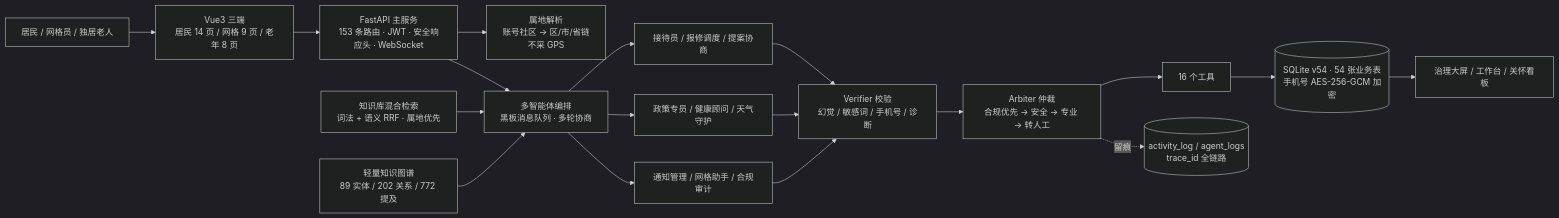
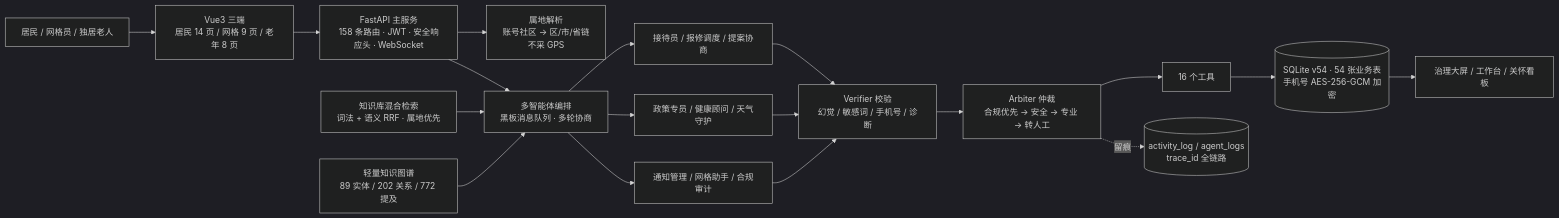
The diagram in docs/competition/创意说明书-提交版.md (woshuofengsu/campus-insight-agent), drawn with Mermaid (dark theme) before and after one commit. The commit also changed other lines of this file and 33 other files, not shown here.

````diff
--- a/docs/competition/创意说明书-提交版.md
+++ b/docs/competition/创意说明书-提交版.md
@@ -113,18 +113,18 @@
 ```mermaid
 flowchart LR
     U[居民 / 网格员 / 独居老人] --> UI[Vue3 三端<br/>居民 14 页 / 网格 9 页 / 老年 8 页]
-    UI --> API[FastAPI 主服务<br/>153 条路由 · JWT · 安全响应头 · WebSocket]
+    UI --> API[FastAPI 主服务<br/>158 条路由 · JWT · 安全响应头 · WebSocket]
     API --> R[属地解析<br/>账号社区 → 区/市/省链<br/>不采 GPS]
     API --> O[多智能体编排<br/>黑板消息队列 · 多轮协商]
     O --> A1[接待员 / 报修调度 / 提案协商]
     O --> A2[政策专员 / 健康顾问 / 天气守护]
     O --> A3[通知管理 / 网格助手 / 合规审计]
     A1 & A2 & A3 --> V[Verifier 校验<br/>幻觉 / 敏感词 / 手机号 / 诊断]
     V --> AR[Arbiter 仲裁<br/>合规优先 → 安全 → 专业 → 转人工]
     AR --> T[16 个工具]
     T --> DB[(SQLite v54 · 54 张业务表<br/>手机号 AES-256-GCM 加密)]
     KB[知识库混合检索<br/>词法 + 语义 RRF · 属地优先] --> O
     KG[轻量知识图谱<br/>89 实体 / 202 关系 / 772 提及] --> O
     DB --> S[治理大屏 / 工作台 / 关怀看板]
     AR -.留痕.-> LOG[(activity_log / agent_logs<br/>trace_id 全链路)]
 ```
````
